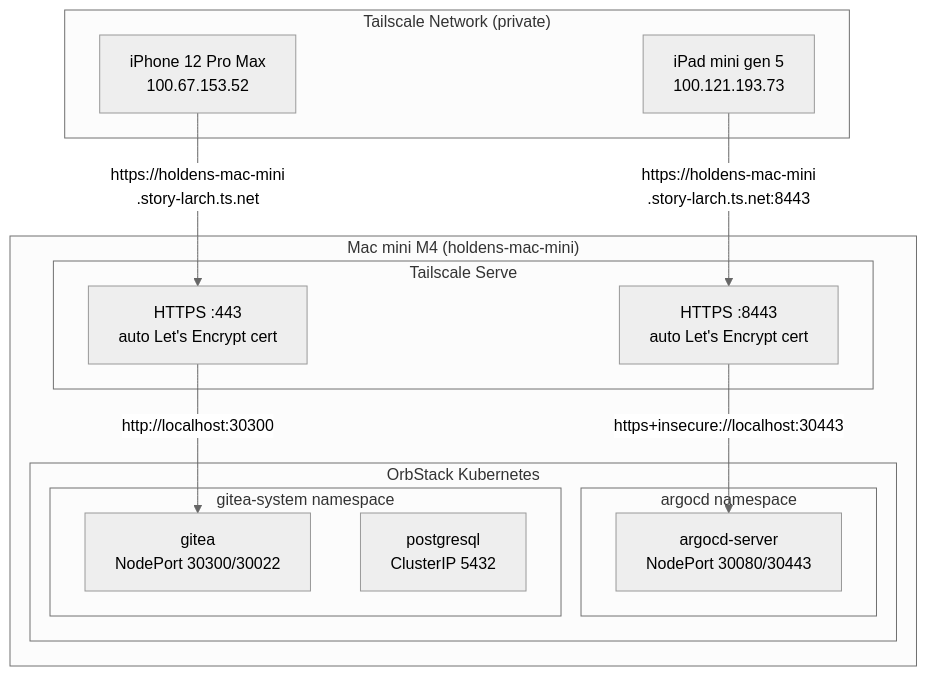
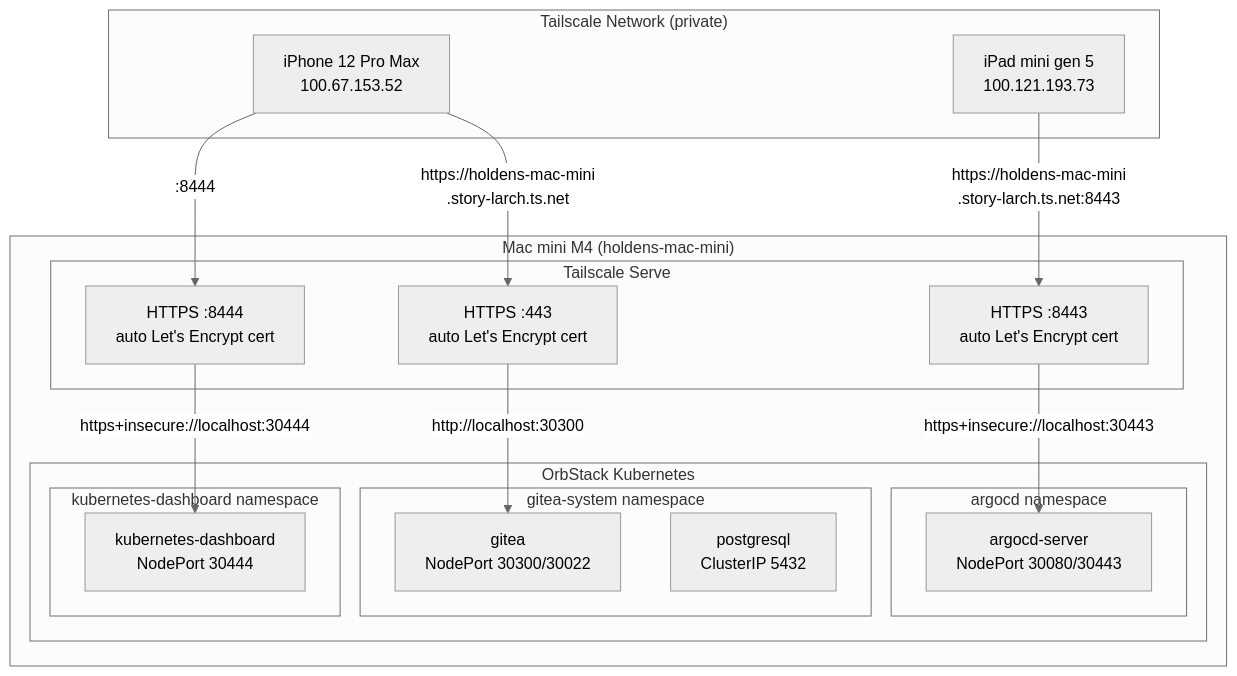
The first of 4 diagrams in docs/networking.md (haingth77/homelab), drawn with Mermaid (neutral theme) before and after one commit. The commit also changed other lines of this file and 3 other files, not shown here.

First line of the commit message:
docs: add Kubernetes Dashboard documentation and update all refs

````diff
--- a/docs/networking.md
+++ b/docs/networking.md
@@ -20,30 +20,36 @@
 ```mermaid
 flowchart TD
     subgraph tailnet["Tailscale Network (private)"]
         iPhone["iPhone 12 Pro Max\n100.67.153.52"]
         iPad["iPad mini gen 5\n100.121.193.73"]
     end
 
     subgraph mac["Mac mini M4 (holdens-mac-mini)"]
         subgraph ts["Tailscale Serve"]
             TLS443["HTTPS :443\nauto Let's Encrypt cert"]
             TLS8443["HTTPS :8443\nauto Let's Encrypt cert"]
+            TLS8444["HTTPS :8444\nauto Let's Encrypt cert"]
         end
 
         subgraph orbstack["OrbStack Kubernetes"]
             subgraph argocdNs["argocd namespace"]
                 ArgoCDSvc["argocd-server\nNodePort 30080/30443"]
             end
             subgraph giteaNs["gitea-system namespace"]
                 GiteaSvc["gitea\nNodePort 30300/30022"]
                 PgSvc["postgresql\nClusterIP 5432"]
             end
+            subgraph dashNs["kubernetes-dashboard namespace"]
+                DashSvc["kubernetes-dashboard\nNodePort 30444"]
+            end
         end
 
         TLS443 -- "http://localhost:30300" --> GiteaSvc
         TLS8443 -- "https+insecure://localhost:30443" --> ArgoCDSvc
+        TLS8444 -- "https+insecure://localhost:30444" --> DashSvc
     end
 
     iPhone -- "https://holdens-mac-mini\n.story-larch.ts.net" --> TLS443
     iPad -- "https://holdens-mac-mini\n.story-larch.ts.net:8443" --> TLS8443
+    iPhone -- ":8444" --> TLS8444
 ```
````
